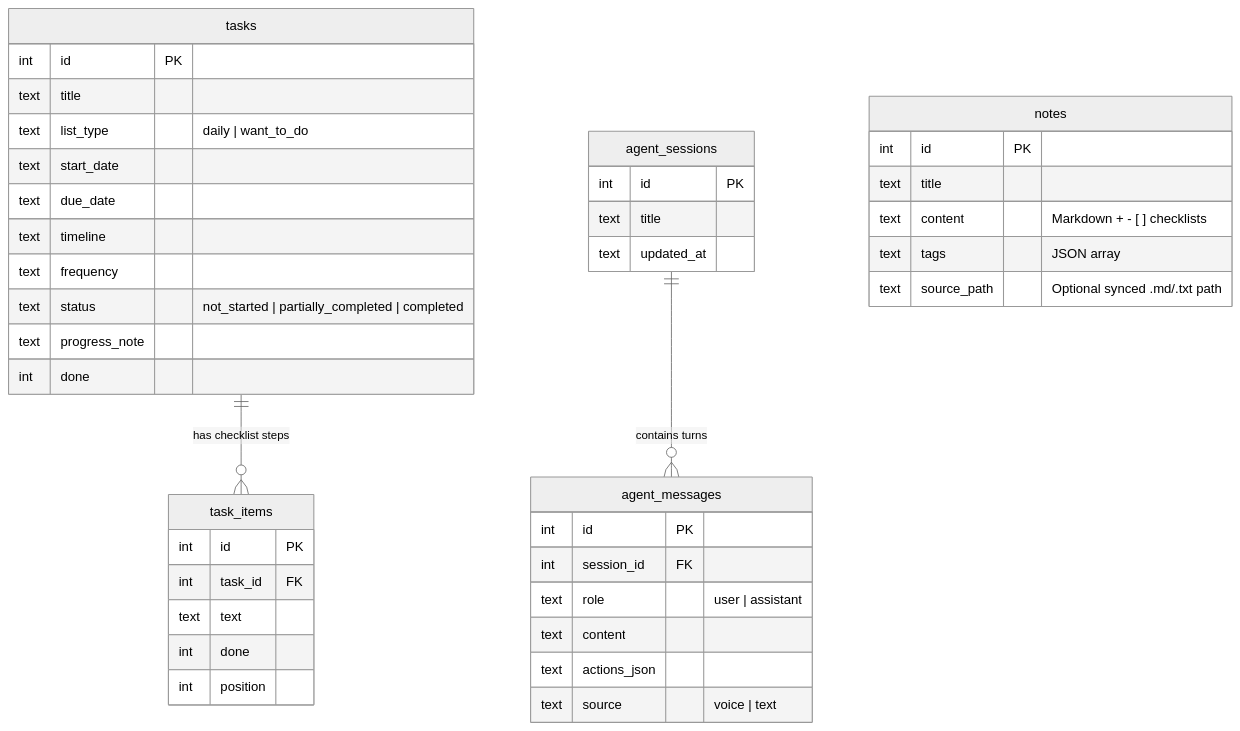
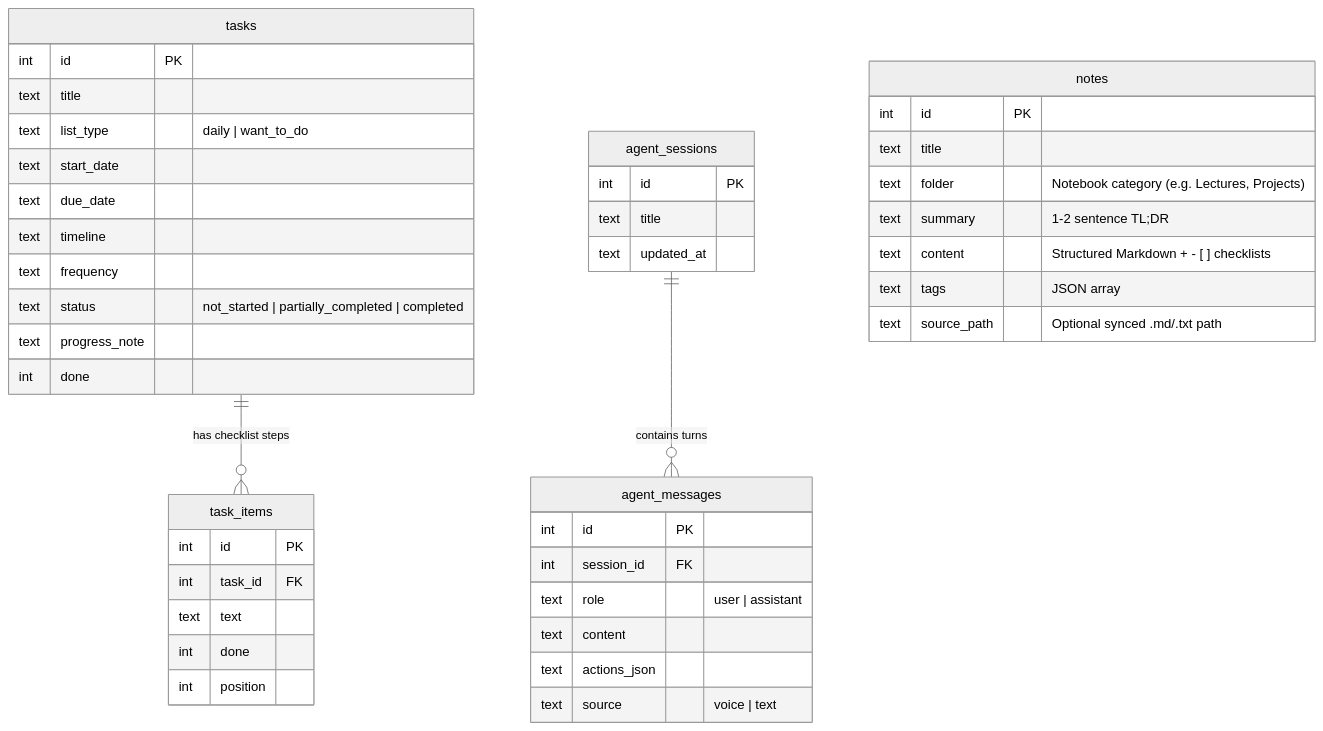
Before and after one commit to ammar-adel222/personal-life-hub: the diagram in docs/ARCHITECTURE.md, drawn with Mermaid (neutral theme). The commit also changed other lines of this file and 3 other files, not shown here.

````diff
--- a/docs/ARCHITECTURE.md
+++ b/docs/ARCHITECTURE.md
@@ -49,45 +50,47 @@
 ```mermaid
 erDiagram
     tasks ||--o{ task_items : "has checklist steps"
     agent_sessions ||--o{ agent_messages : "contains turns"
 
     tasks {
         int id PK
         text title
         text list_type "daily | want_to_do"
         text start_date
         text due_date
         text timeline
         text frequency
         text status "not_started | partially_completed | completed"
         text progress_note
         int done
     }
     task_items {
         int id PK
         int task_id FK
         text text
         int done
         int position
     }
     notes {
         int id PK
         text title
-        text content "Markdown + - [ ] checklists"
+        text folder "Notebook category (e.g. Lectures, Projects)"
+        text summary "1-2 sentence TL;DR"
+        text content "Structured Markdown + - [ ] checklists"
         text tags "JSON array"
         text source_path "Optional synced .md/.txt path"
     }
     agent_sessions {
         int id PK
         text title
         text updated_at
     }
     agent_messages {
         int id PK
         int session_id FK
         text role "user | assistant"
         text content
         text actions_json
         text source "voice | text"
     }
 ```
````
